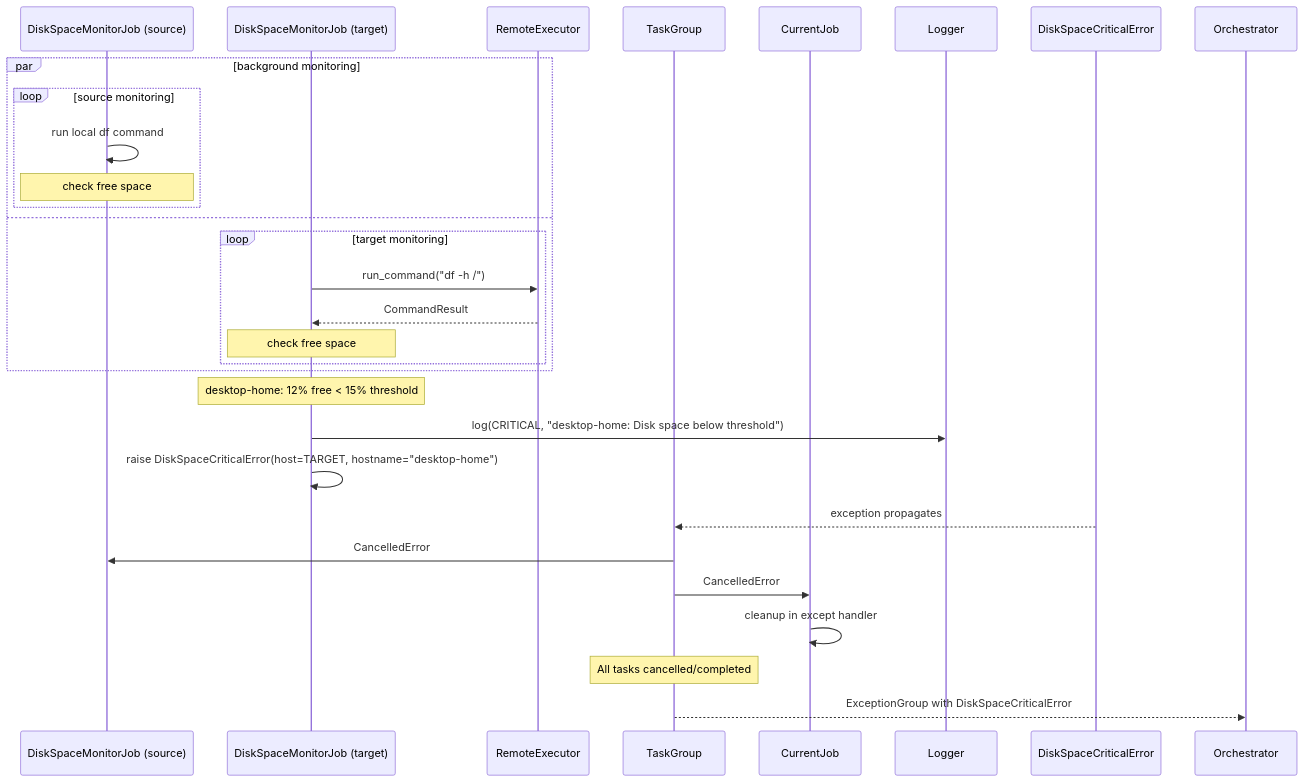
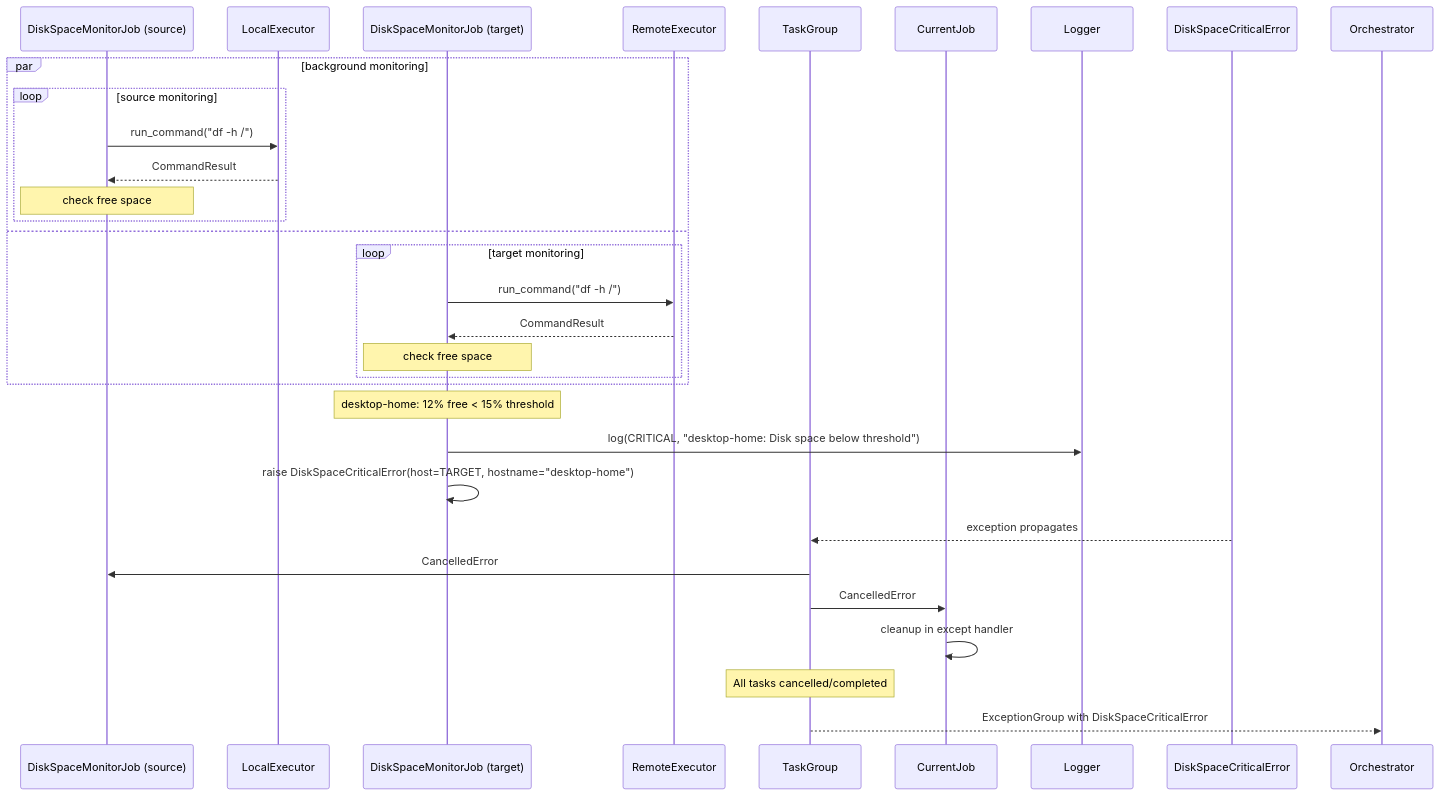
One commit to flaksit/pc-switcher changed the tenth of 12 diagrams in specs/001-foundation/architecture-claude.md. Above: the diagram before and after it, drawn with Mermaid. The commit also changed other lines of this file, not shown here.

First line of the commit message:
Add Executor interface and rename JobContext fields to source/target

````diff
--- a/specs/001-foundation/architecture-claude.md
+++ b/specs/001-foundation/architecture-claude.md
@@ -562,35 +589,37 @@
 ```mermaid
 sequenceDiagram
     participant SourceMonitor as DiskSpaceMonitorJob (source)
+    participant LocalExecutor
     participant TargetMonitor as DiskSpaceMonitorJob (target)
     participant RemoteExecutor
     participant TaskGroup
     participant CurrentJob
     participant Logger
 
     par background monitoring
         loop source monitoring
-            SourceMonitor->>SourceMonitor: run local df command
+            SourceMonitor->>LocalExecutor: run_command("df -h /")
+            LocalExecutor-->>SourceMonitor: CommandResult
             Note over SourceMonitor: check free space
         end
     and
         loop target monitoring
             TargetMonitor->>RemoteExecutor: run_command("df -h /")
             RemoteExecutor-->>TargetMonitor: CommandResult
             Note over TargetMonitor: check free space
         end
     end
 
     Note over TargetMonitor: desktop-home: 12% free < 15% threshold
 
     TargetMonitor->>Logger: log(CRITICAL, "desktop-home: Disk space below threshold")
     TargetMonitor->>TargetMonitor: raise DiskSpaceCriticalError(host=TARGET, hostname="desktop-home")
 
     DiskSpaceCriticalError-->>TaskGroup: exception propagates
     TaskGroup->>SourceMonitor: CancelledError
     TaskGroup->>CurrentJob: CancelledError
     CurrentJob->>CurrentJob: cleanup in except handler
 
     Note over TaskGroup: All tasks cancelled/completed
     TaskGroup-->>Orchestrator: ExceptionGroup with DiskSpaceCriticalError
 ```
````
